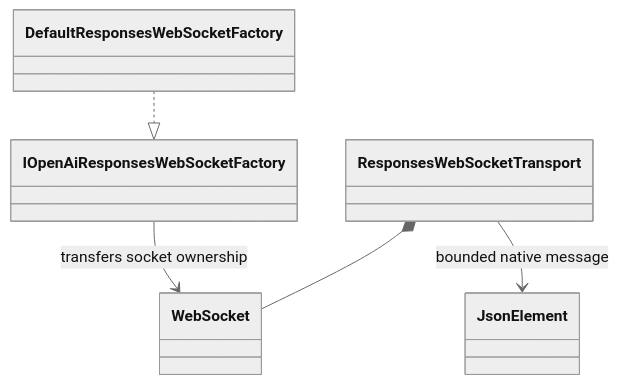
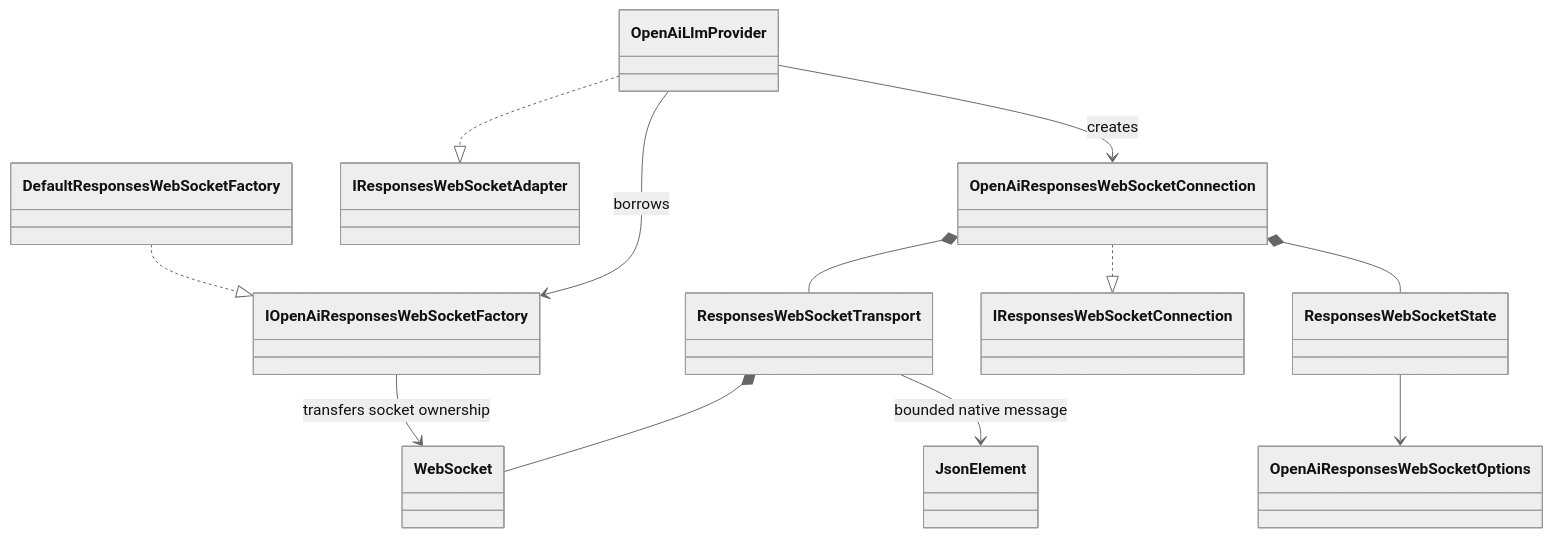
The fifth of 7 diagrams in docs/architecture.md (BenLampson/Asgard.Loki), drawn with Mermaid (neutral theme) before and after one commit. The commit also changed other lines of this file and 19 other files, not shown here.

Commit message:
feat(openai): implement native Responses WebSocket lifecycle

````diff
--- a/docs/architecture.md
+++ b/docs/architecture.md
@@ -183,7 +185,14 @@
 ```mermaid
 classDiagram
 DefaultResponsesWebSocketFactory ..|> IOpenAiResponsesWebSocketFactory
 IOpenAiResponsesWebSocketFactory --> WebSocket : transfers socket ownership
 ResponsesWebSocketTransport *-- WebSocket
 ResponsesWebSocketTransport --> JsonElement : bounded native message
+OpenAiLlmProvider ..|> IResponsesWebSocketAdapter
+OpenAiLlmProvider --> IOpenAiResponsesWebSocketFactory : borrows
+OpenAiLlmProvider --> OpenAiResponsesWebSocketConnection : creates
+OpenAiResponsesWebSocketConnection ..|> IResponsesWebSocketConnection
+OpenAiResponsesWebSocketConnection *-- ResponsesWebSocketTransport
+OpenAiResponsesWebSocketConnection *-- ResponsesWebSocketState
+ResponsesWebSocketState --> OpenAiResponsesWebSocketOptions
 ```
````
